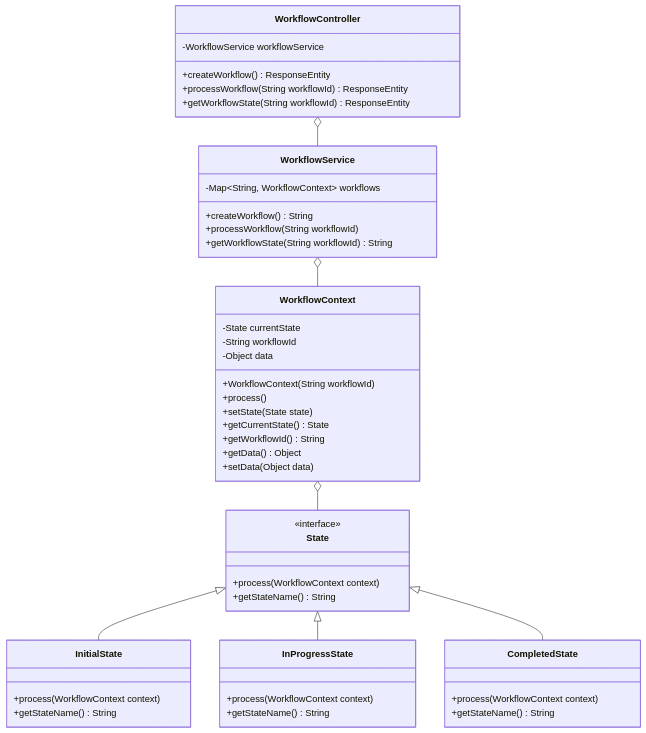
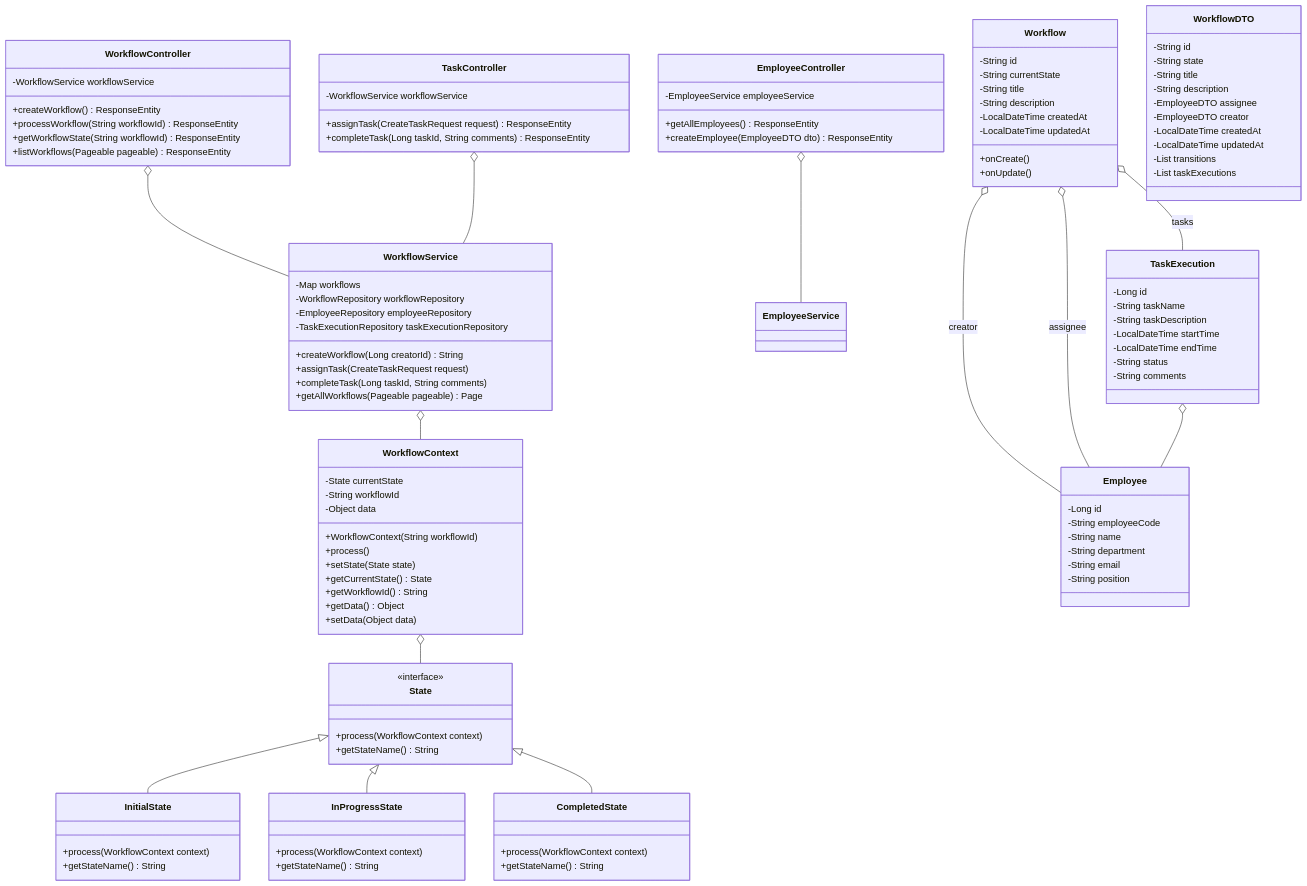
Before and after one commit to simultechnology/my-java-workflow-app: the diagram in diagrams/workflow-uml.mermaid, drawn with Mermaid.

Commit message:
update the diagram

```diff
--- a/diagrams/workflow-uml.mermaid
+++ b/diagrams/workflow-uml.mermaid
@@ -1,55 +1,121 @@
 classDiagram
     class State {
         <<interface>>
         +process(WorkflowContext context)
         +getStateName() String
     }
     
     class WorkflowContext {
         -State currentState
         -String workflowId
         -Object data
         +WorkflowContext(String workflowId)
         +process()
         +setState(State state)
         +getCurrentState() State
         +getWorkflowId() String
         +getData() Object
         +setData(Object data)
     }
     
     class InitialState {
         +process(WorkflowContext context)
         +getStateName() String
     }
     
     class InProgressState {
         +process(WorkflowContext context)
         +getStateName() String
     }
     
     class CompletedState {
         +process(WorkflowContext context)
         +getStateName() String
     }
     
+    class Employee {
+        -Long id
+        -String employeeCode
+        -String name
+        -String department
+        -String email
+        -String position
+    }
+    
+    class TaskExecution {
+        -Long id
+        -String taskName
+        -String taskDescription
+        -LocalDateTime startTime
+        -LocalDateTime endTime
+        -String status
+        -String comments
+    }
+    
+    class Workflow {
+        -String id
+        -String currentState
+        -String title
+        -String description
+        -LocalDateTime createdAt
+        -LocalDateTime updatedAt
+        +onCreate()
+        +onUpdate()
+    }
+    
     class WorkflowService {
-        -Map~String, WorkflowContext~ workflows
-        +createWorkflow() String
-        +processWorkflow(String workflowId)
-        +getWorkflowState(String workflowId) String
+        -Map<String, WorkflowContext> workflows
+        -WorkflowRepository workflowRepository
+        -EmployeeRepository employeeRepository
+        -TaskExecutionRepository taskExecutionRepository
+        +createWorkflow(Long creatorId) String
+        +assignTask(CreateTaskRequest request)
+        +completeTask(Long taskId, String comments)
+        +getAllWorkflows(Pageable pageable) Page<WorkflowDTO>
     }
     
     class WorkflowController {
         -WorkflowService workflowService
         +createWorkflow() ResponseEntity
         +processWorkflow(String workflowId) ResponseEntity
         +getWorkflowState(String workflowId) ResponseEntity
+        +listWorkflows(Pageable pageable) ResponseEntity
+    }
+
+    class EmployeeController {
+        -EmployeeService employeeService
+        +getAllEmployees() ResponseEntity
+        +createEmployee(EmployeeDTO dto) ResponseEntity
+    }
+
+    class TaskController {
+        -WorkflowService workflowService
+        +assignTask(CreateTaskRequest request) ResponseEntity
+        +completeTask(Long taskId, String comments) ResponseEntity
+    }
+
+    class WorkflowDTO {
+        -String id
+        -String state
+        -String title
+        -String description
+        -EmployeeDTO assignee
+        -EmployeeDTO creator
+        -LocalDateTime createdAt
+        -LocalDateTime updatedAt
+        -List<StateTransitionDTO> transitions
+        -List<TaskExecutionDTO> taskExecutions
     }
 
     State <|-- InitialState
     State <|-- InProgressState
     State <|-- CompletedState
     WorkflowContext o-- State
+    Workflow o-- Employee : creator
+    Workflow o-- Employee : assignee
+    Workflow o-- TaskExecution : tasks
+    TaskExecution o-- Employee
     WorkflowService o-- WorkflowContext
     WorkflowController o-- WorkflowService
+    EmployeeController o-- EmployeeService
+    TaskController o-- WorkflowService
```
